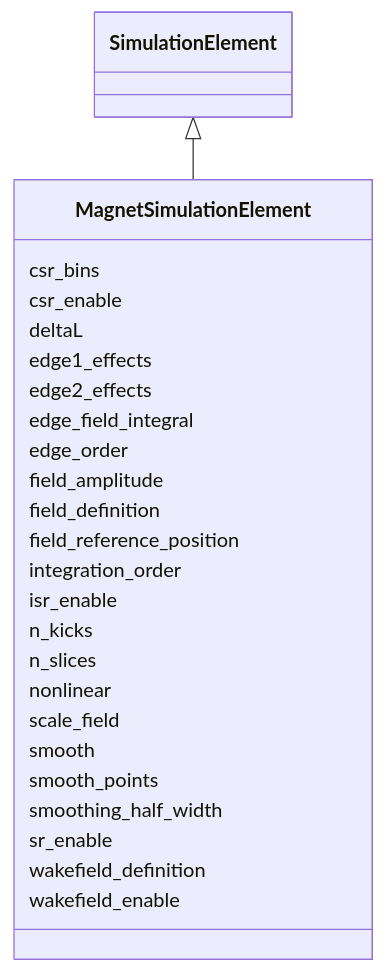
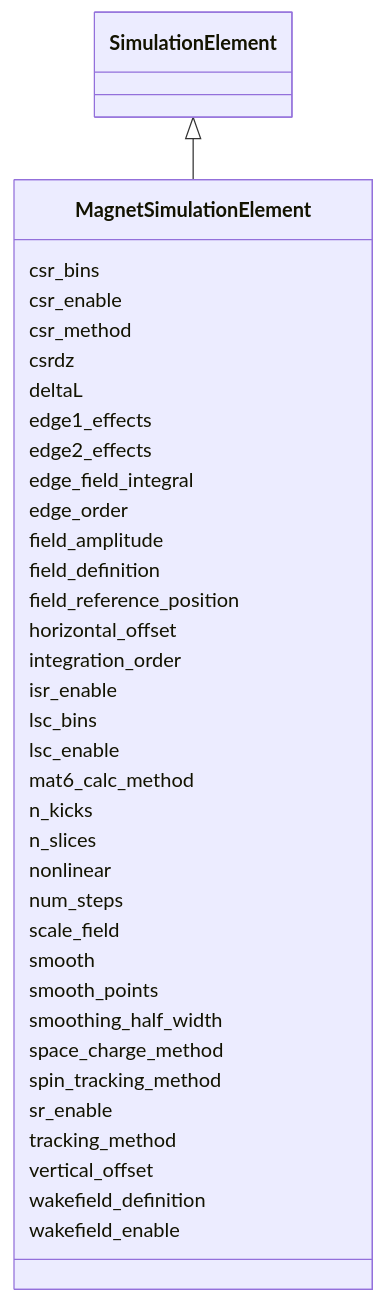
Before and after one commit to astec-stfc/laura: the diagram in docs/source/schema/MagnetSimulationElement.md, drawn with Mermaid. The commit also changed other lines of this file and 63 other files, not shown here.

Commit message:
updatedn schema to consolidate SimulationElement parameters that were shared among subclasses; implemented tracking methods for bmad

````diff
--- a/docs/source/schema/MagnetSimulationElement.md
+++ b/docs/source/schema/MagnetSimulationElement.md
@@ -18,53 +18,75 @@
 ```mermaid
  classDiagram
     class MagnetSimulationElement
     click MagnetSimulationElement href "../MagnetSimulationElement/"
       SimulationElement <|-- MagnetSimulationElement
         click SimulationElement href "../SimulationElement/"
-      
+
       MagnetSimulationElement : csr_bins
-        
+
       MagnetSimulationElement : csr_enable
-        
+
+      MagnetSimulationElement : csr_method
+
+      MagnetSimulationElement : csrdz
+
       MagnetSimulationElement : deltaL
-        
+
       MagnetSimulationElement : edge1_effects
-        
+
       MagnetSimulationElement : edge2_effects
-        
+
       MagnetSimulationElement : edge_field_integral
-        
+
       MagnetSimulationElement : edge_order
-        
+
       MagnetSimulationElement : field_amplitude
-        
+
       MagnetSimulationElement : field_definition
-        
+
       MagnetSimulationElement : field_reference_position
-        
+
+      MagnetSimulationElement : horizontal_offset
+
       MagnetSimulationElement : integration_order
-        
+
       MagnetSimulationElement : isr_enable
-        
+
+      MagnetSimulationElement : lsc_bins
+
+      MagnetSimulationElement : lsc_enable
+
+      MagnetSimulationElement : mat6_calc_method
+
       MagnetSimulationElement : n_kicks
-        
+
       MagnetSimulationElement : n_slices
-        
+
       MagnetSimulationElement : nonlinear
-        
+
+      MagnetSimulationElement : num_steps
+
       MagnetSimulationElement : scale_field
-        
+
       MagnetSimulationElement : smooth
-        
+
       MagnetSimulationElement : smooth_points
-        
+
       MagnetSimulationElement : smoothing_half_width
-        
+
+      MagnetSimulationElement : space_charge_method
+
+      MagnetSimulationElement : spin_tracking_method
+
       MagnetSimulationElement : sr_enable
-        
+
+      MagnetSimulationElement : tracking_method
+
+      MagnetSimulationElement : vertical_offset
+
       MagnetSimulationElement : wakefield_definition
-        
+
       MagnetSimulationElement : wakefield_enable
-        
-      
+
+
 ```
````
